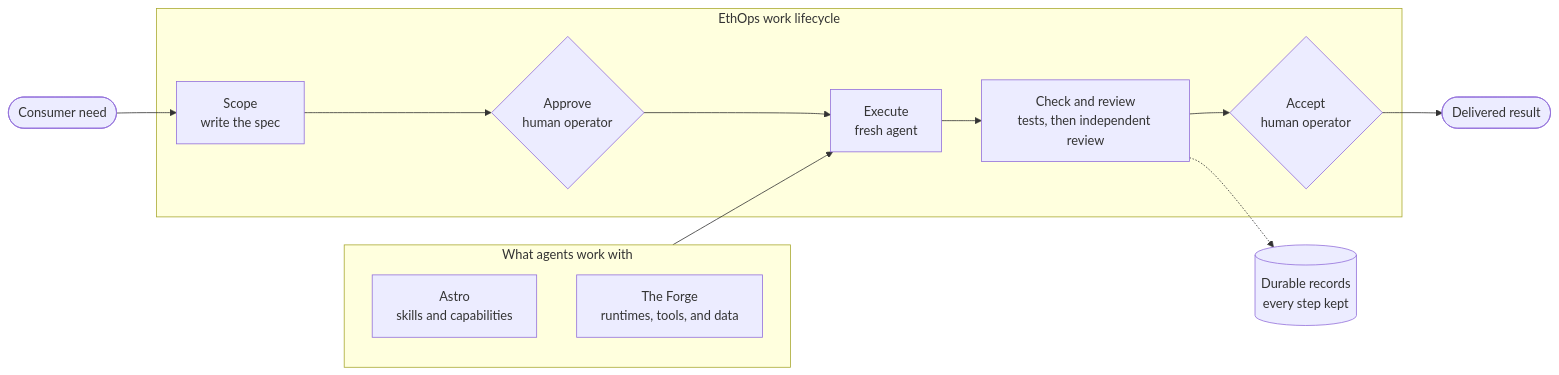
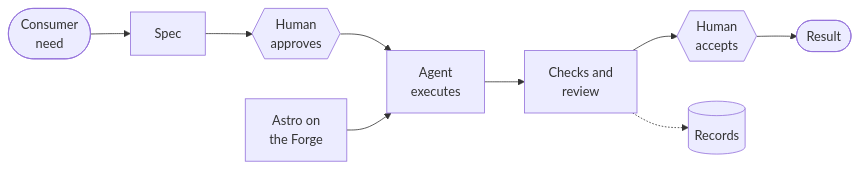
One commit to vintagedon/ethops changed the first of 4 diagrams in README.md. Above: the diagram before and after it, drawn with Mermaid.

Commit message:
Compact the README architecture diagram
Claude-Session: https://claude.ai/code/session_01MGEB4EmeVMApP1RTrdebDn

````diff
--- a/README.md
+++ b/README.md
@@ -64,19 +64,13 @@
 ```mermaid
 flowchart LR
     accTitle: How work moves through EthOps
-    accDescr: A consumer need is scoped into a spec and approved by the human operator. A fresh agent executes it using Astro capabilities and the Forge environment. The result is checked and independently reviewed, then accepted by the human operator and delivered. Each step is kept in durable records.
-    need(["Consumer need"]) --> scope
-    subgraph flow["EthOps work lifecycle"]
-        scope["Scope<br/>write the spec"] --> approve{"Approve<br/>human operator"}
-        approve --> run["Execute<br/>fresh agent"]
-        run --> review["Check and review<br/>tests, then independent review"]
-        review --> accept{"Accept<br/>human operator"}
-    end
-    accept --> result(["Delivered result"])
-    subgraph env["What agents work with"]
-        astro["Astro<br/>skills and capabilities"]
-        forge["The Forge<br/>runtimes, tools, and data"]
-    end
-    env --> run
-    review -.-> records[("Durable records<br/>every step kept")]
+    accDescr: A consumer need becomes a spec. The human operator approves it, a fresh agent executes it using Astro capabilities on the Forge, checks and an independent review follow, and the human operator accepts the result. Each step is kept in durable records.
+    need(["Consumer<br/>need"]) --> spec["Spec"]
+    spec --> approve{{"Human<br/>approves"}}
+    approve --> run["Agent<br/>executes"]
+    run --> review["Checks and<br/>review"]
+    review --> accept{{"Human<br/>accepts"}}
+    accept --> result(["Result"])
+    tools["Astro on<br/>the Forge"] --> run
+    review -.-> records[("Records")]
 ```
````
